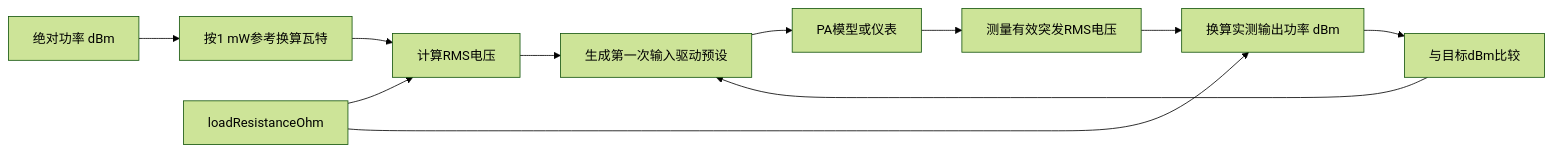
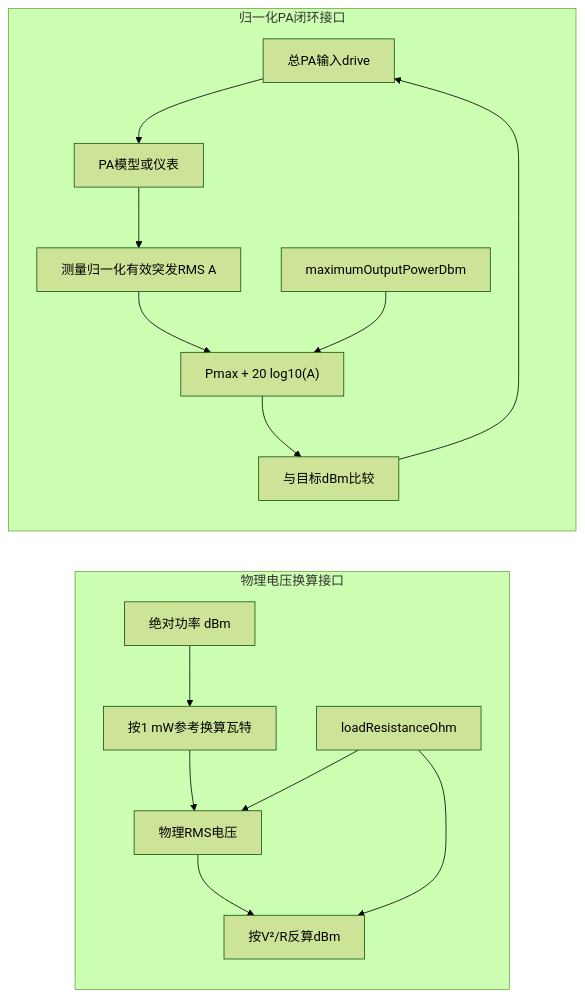
Before and after one commit to niyilu45/DPD_ILC: the fourth of 7 diagrams in doc/SigProc.md, drawn with Mermaid (forest theme). The commit also changed other lines of this file and 15 other files, not shown here.

````diff
--- a/doc/SigProc.md
+++ b/doc/SigProc.md
@@ -522,13 +522,18 @@
 ```mermaid
 flowchart LR
-    dbm["绝对功率 dBm"] --> watt["按1 mW参考换算瓦特"]
-    resistance["loadResistanceOhm"] --> rms["计算RMS电压"]
-    watt --> rms
-    rms --> preset["生成第一次输入驱动预设"]
-    preset --> pa["PA模型或仪表"]
-    pa --> measured["测量有效突发RMS电压"]
-    measured --> dbmOutput["换算实测输出功率 dBm"]
-    resistance --> dbmOutput
-    dbmOutput --> error["与目标dBm比较"]
-    error --> preset
+    subgraph physical["物理电压换算接口"]
+        dbm["绝对功率 dBm"] --> watt["按1 mW参考换算瓦特"]
+        resistance["loadResistanceOhm"] --> voltage["物理RMS电压"]
+        watt --> voltage
+        voltage --> physicalDbm["按V²/R反算dBm"]
+        resistance --> physicalDbm
+    end
+    subgraph normalized["归一化PA闭环接口"]
+        preset["总PA输入drive"] --> pa["PA模型或仪表"]
+        pa --> measured["测量归一化有效突发RMS A"]
+        measured --> normalizedDbm["Pmax + 20 log10(A)"]
+        ratedPower["maximumOutputPowerDbm"] --> normalizedDbm
+        normalizedDbm --> error["与目标dBm比较"]
+        error --> preset
+    end
 ```
````
